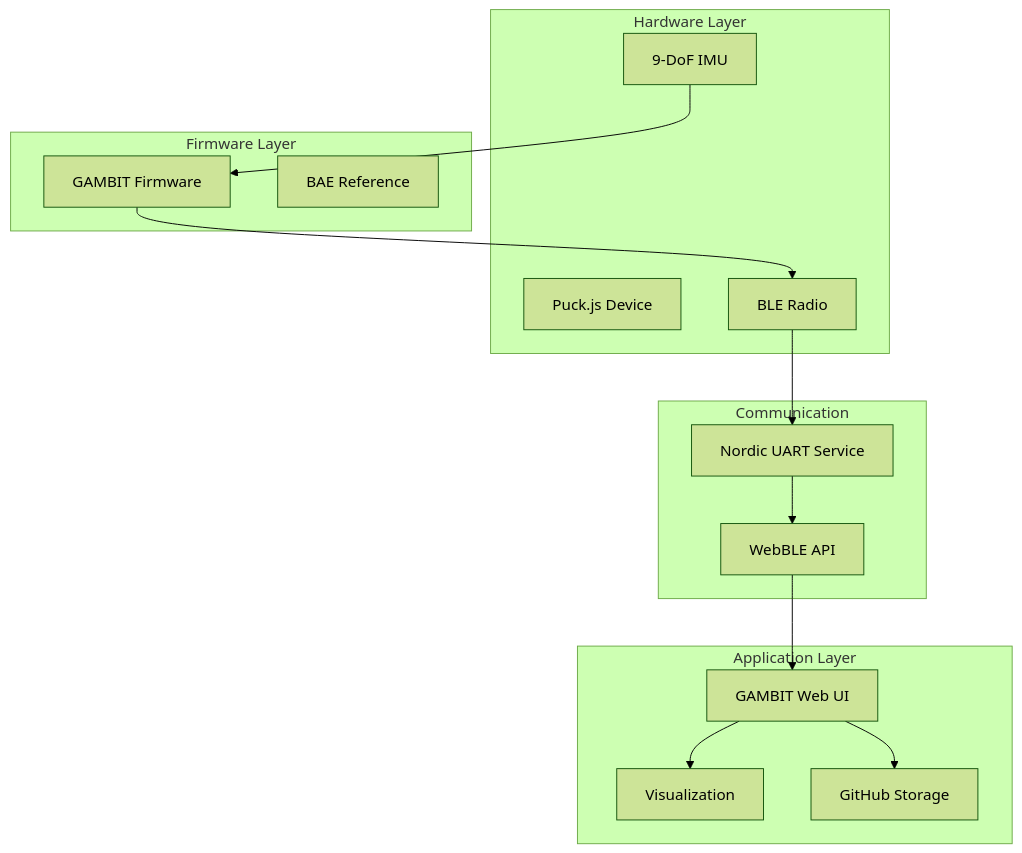
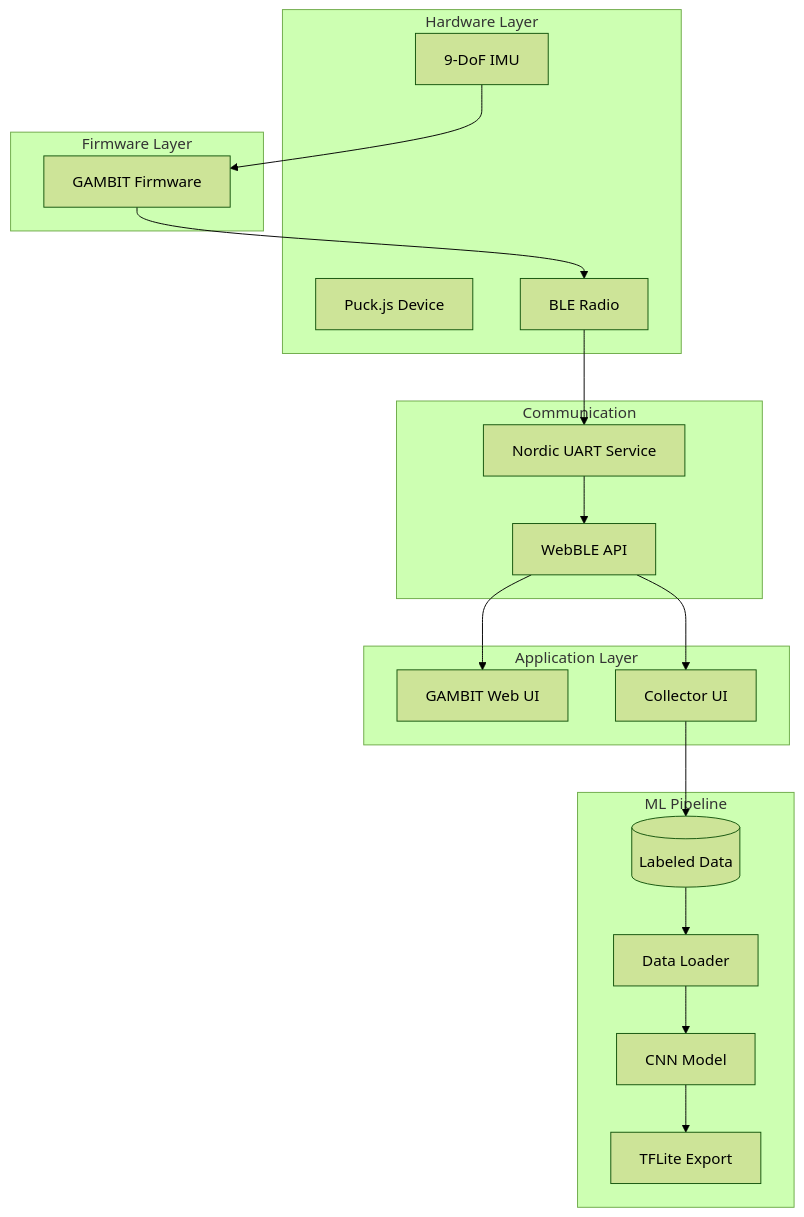
The diagram in docs/README.md (christopherdebeer/simcap), drawn with Mermaid (forest theme) before and after one commit. The commit also changed other lines of this file and 10 other files, not shown here.

````diff
--- a/docs/README.md
+++ b/docs/README.md
@@ -46,32 +53,40 @@
 ```mermaid
 graph TB
     subgraph "Hardware Layer"
         PUCK[Puck.js Device]
         IMU[9-DoF IMU]
         BLE[BLE Radio]
     end
 
     subgraph "Firmware Layer"
         GAMBIT[GAMBIT Firmware]
-        BAE[BAE Reference]
     end
 
     subgraph "Communication"
         NORDIC[Nordic UART Service]
         WEBBLE[WebBLE API]
     end
 
     subgraph "Application Layer"
         WEBUI[GAMBIT Web UI]
-        VIZ[Visualization]
-        STORAGE[GitHub Storage]
+        COLLECTOR[Collector UI]
+    end
+
+    subgraph "ML Pipeline"
+        DATA[(Labeled Data)]
+        LOADER[Data Loader]
+        MODEL[CNN Model]
+        TFLITE[TFLite Export]
     end
 
     IMU --> GAMBIT
     GAMBIT --> BLE
     BLE --> NORDIC
     NORDIC --> WEBBLE
     WEBBLE --> WEBUI
-    WEBUI --> VIZ
-    WEBUI --> STORAGE
+    WEBBLE --> COLLECTOR
+    COLLECTOR --> DATA
+    DATA --> LOADER
+    LOADER --> MODEL
+    MODEL --> TFLITE
 ```
````
